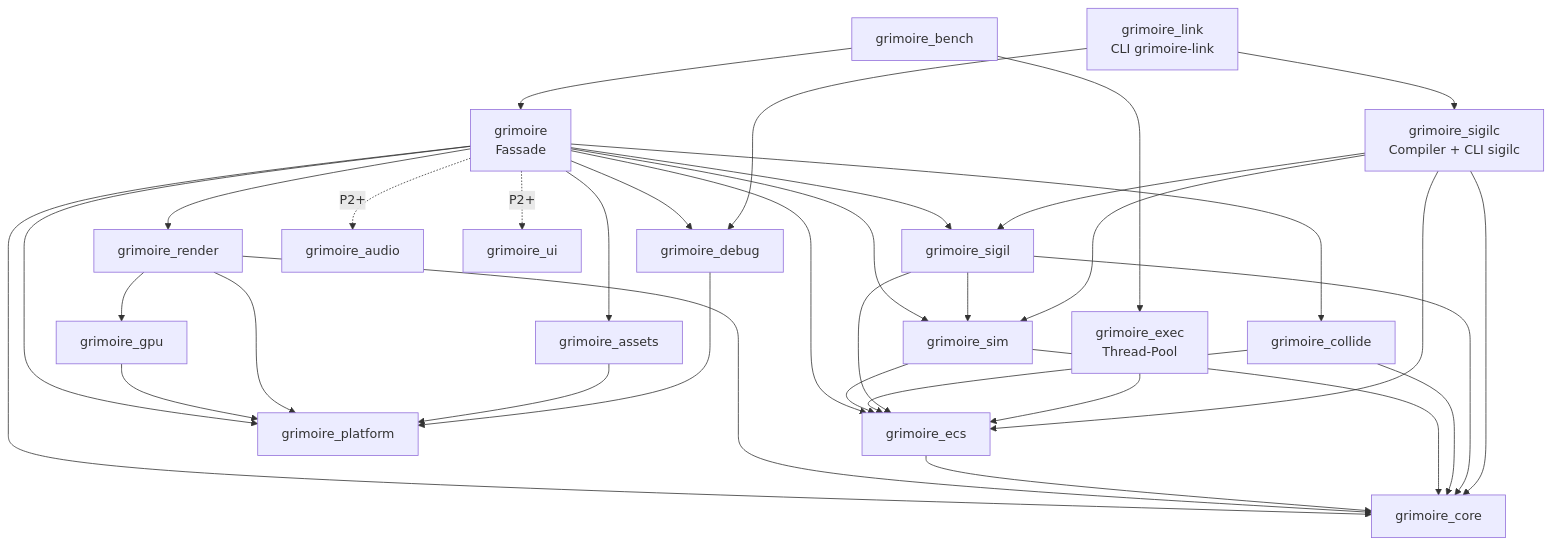
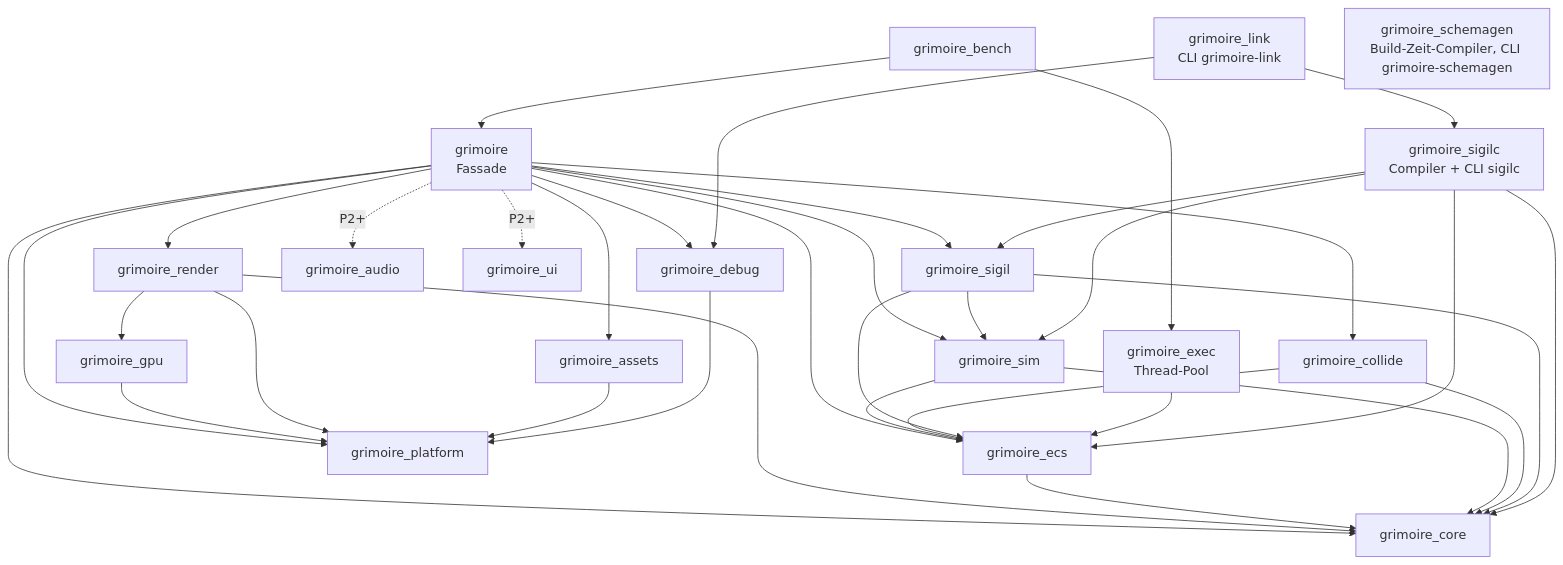
Before and after one commit to LupusMalusDeviant/grimoire: the diagram in docs/architektur/crate-vertraege.md, drawn with Mermaid. The commit also changed other lines of this file and 3 other files, not shown here.

First line of the commit message:
fix(contracts): add grimoire_schemagen to the engine crate map

````diff
--- a/docs/architektur/crate-vertraege.md
+++ b/docs/architektur/crate-vertraege.md
@@ -29,19 +29,20 @@
 ```mermaid
 graph TD
     FAC[grimoire<br/>Fassade] --> REN[grimoire_render] & SIM[grimoire_sim] & ECS[grimoire_ecs] & PLT[grimoire_platform] & CORE[grimoire_core]
     FAC --> COL[grimoire_collide] & SIG[grimoire_sigil] & AST[grimoire_assets] & DBG[grimoire_debug]
     FAC -.P2+.-> AUD[grimoire_audio] & UI[grimoire_ui]
     REN --> GPU[grimoire_gpu] --> PLT
     REN --> PLT
     REN --> CORE
     SIM --> ECS --> CORE
     SIM --> CORE
     COL --> ECS & CORE
     SIG --> SIM & ECS & CORE
     AST --> PLT
     DBG --> PLT
     EXE[grimoire_exec<br/>Thread-Pool] --> ECS
     SIGC[grimoire_sigilc<br/>Compiler + CLI sigilc] --> SIG & SIM & ECS & CORE
     LINK[grimoire_link<br/>CLI grimoire-link] --> DBG & SIGC
     BENCH[grimoire_bench] --> FAC & EXE
+    SCHEMAGEN[grimoire_schemagen<br/>Build-Zeit-Compiler, CLI grimoire-schemagen]
 ```
````
